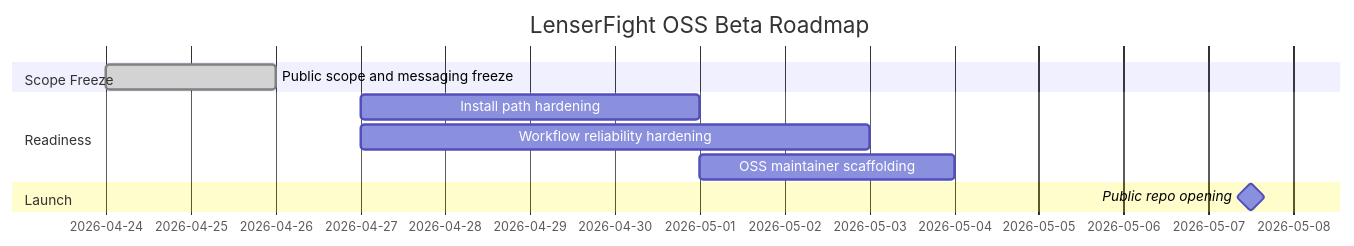
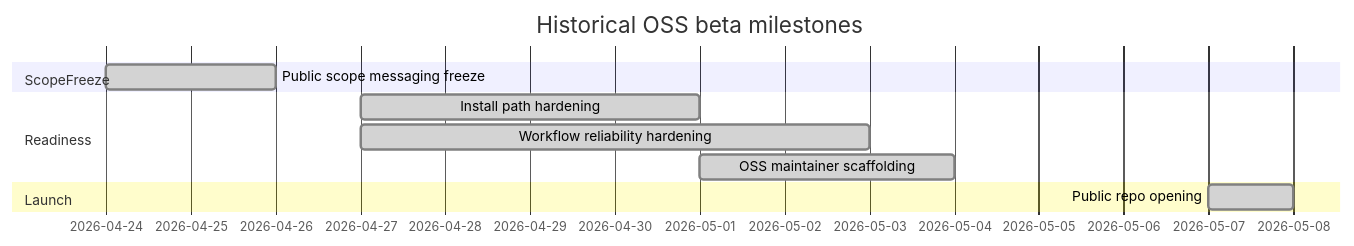
Before and after one commit to conectlens/lenserfight: the diagram in docs/reference/platform-api/beta-roadmap.md, drawn with Mermaid. The commit also changed other lines of this file and 49 other files, not shown here.

````diff
--- a/docs/reference/platform-api/beta-roadmap.md
+++ b/docs/reference/platform-api/beta-roadmap.md
@@ -36,16 +32,16 @@
 ```mermaid
 gantt
-title LenserFight OSS Beta Roadmap
+title Historical OSS beta milestones
 dateFormat  YYYY-MM-DD
 
-section Scope Freeze
-Public scope and messaging freeze :done, a1, 2026-04-24, 2d
+section ScopeFreeze
+Public scope messaging freeze :done, a1, 2026-04-24, 2d
 
 section Readiness
-Install path hardening            :a2, 2026-04-27, 4d
-Workflow reliability hardening    :a3, 2026-04-27, 6d
-OSS maintainer scaffolding        :a4, 2026-05-01, 3d
+Install path hardening            :done, a2, 2026-04-27, 4d
+Workflow reliability hardening    :done, a3, 2026-04-27, 6d
+OSS maintainer scaffolding        :done, a4, 2026-05-01, 3d
 
 section Launch
-Public repo opening               :milestone, m1, 2026-05-07, 1d
+Public repo opening                 :done, m1, 2026-05-07, 1d
 ```
````
